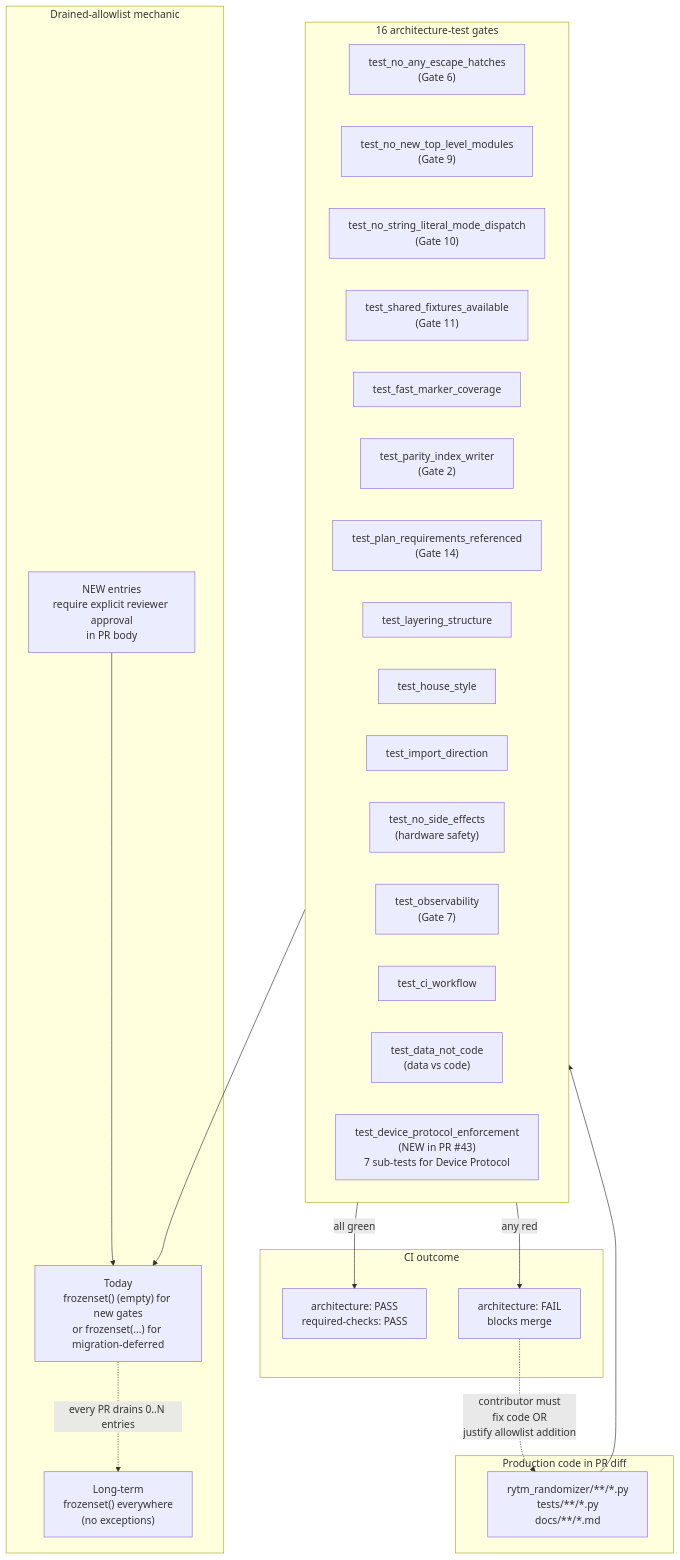
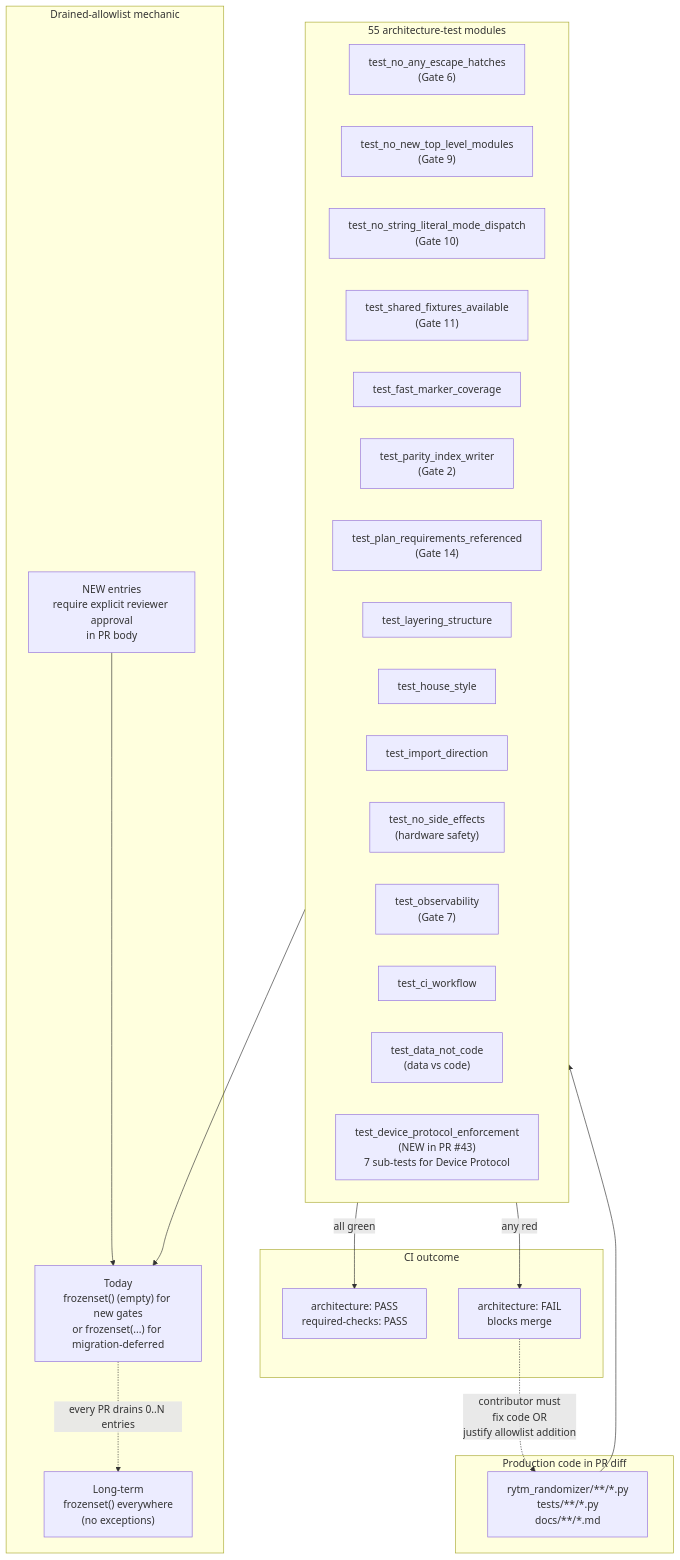
Before and after one commit to buzzijose-hub/RytmRandomizer: the tenth of 34 diagrams in docs/ARCHITECTURE_DIAGRAMS.md, drawn with Mermaid. The commit also changed other lines of this file and 48 other files, not shown here.

````diff
--- a/docs/ARCHITECTURE_DIAGRAMS.md
+++ b/docs/ARCHITECTURE_DIAGRAMS.md
@@ -788,44 +792,44 @@
 ```mermaid
 flowchart TB
     subgraph Production["Production code in PR diff"]
         SourceFiles["rytm_randomizer/**/*.py<br/>tests/**/*.py<br/>docs/**/*.md"]
     end
 
-    subgraph Gates["16 architecture-test gates"]
+    subgraph Gates["55 architecture-test modules"]
         Gate1["test_no_any_escape_hatches<br/>(Gate 6)"]
         Gate2["test_no_new_top_level_modules<br/>(Gate 9)"]
         Gate3["test_no_string_literal_mode_dispatch<br/>(Gate 10)"]
         Gate4["test_shared_fixtures_available<br/>(Gate 11)"]
         Gate5["test_fast_marker_coverage"]
         Gate6["test_parity_index_writer<br/>(Gate 2)"]
         Gate7["test_plan_requirements_referenced<br/>(Gate 14)"]
         Gate8["test_layering_structure"]
         Gate9["test_house_style"]
         Gate10["test_import_direction"]
         Gate11["test_no_side_effects<br/>(hardware safety)"]
         Gate12["test_observability<br/>(Gate 7)"]
         Gate13["test_ci_workflow"]
         Gate14["test_data_not_code<br/>(data vs code)"]
         Gate15["test_device_protocol_enforcement<br/>(NEW in PR #43)<br/>7 sub-tests for Device Protocol"]
     end
 
     subgraph Allowlists["Drained-allowlist mechanic"]
         AL_today["Today<br/>frozenset() (empty) for new gates<br/>or frozenset(...) for migration-deferred"]
         AL_future["Long-term<br/>frozenset() everywhere<br/>(no exceptions)"]
         AL_new["NEW entries<br/>require explicit reviewer approval<br/>in PR body"]
     end
 
     subgraph Outcome["CI outcome"]
         Pass["architecture: PASS<br/>required-checks: PASS"]
         Fail["architecture: FAIL<br/>blocks merge"]
     end
 
     SourceFiles --> Gates
     Gates --> AL_today
     AL_today -.->|"every PR drains 0..N entries"| AL_future
     AL_new --> AL_today
 
     Gates -->|"all green"| Pass
     Gates -->|"any red"| Fail
     Fail -.->|"contributor must<br/>fix code OR<br/>justify allowlist addition"| SourceFiles
 ```
````
